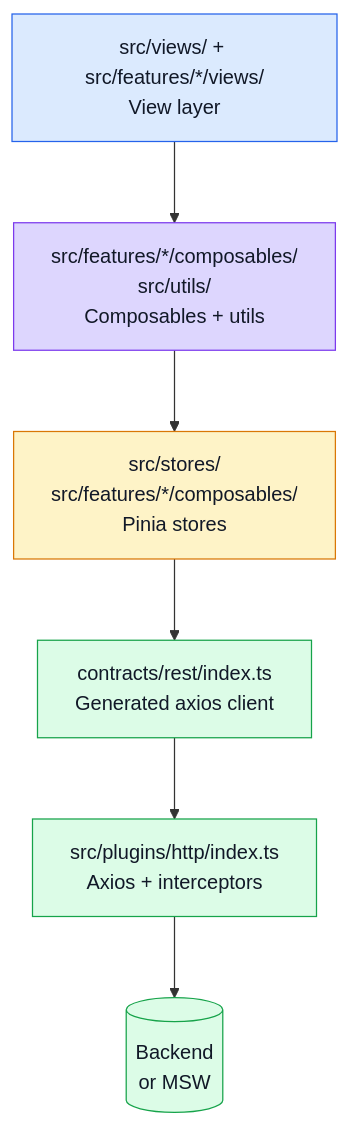
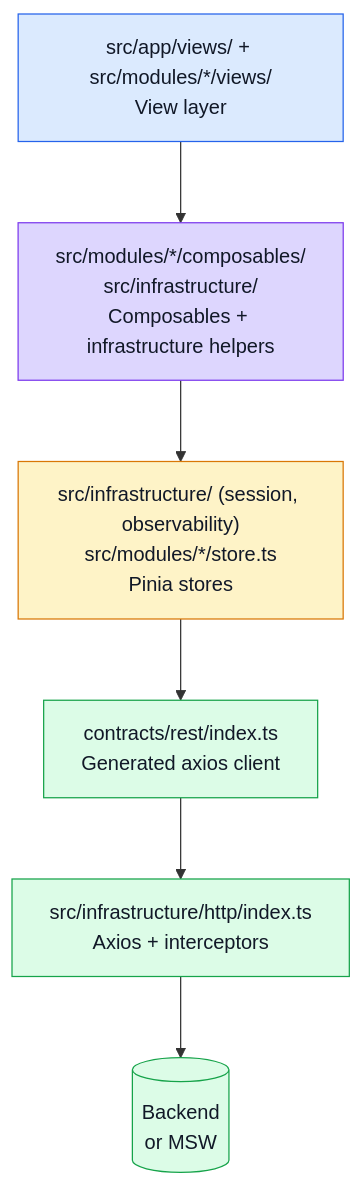
Before and after one commit to Guebbit/boilerplate-vue-frontend: the first of 2 diagrams in docs/theory/layers.md, drawn with Mermaid. The commit also changed other lines of this file and 385 other files, not shown here.

First line of the commit message:
feat!: 2.0.0 — modular architecture, tiered substrate, contracts as backend output

````diff
--- a/docs/theory/layers.md
+++ b/docs/theory/layers.md
@@ -8,18 +57,18 @@
 ```mermaid
 %%{init: {'flowchart': {'nodeSpacing': 45, 'rankSpacing': 65}}}%%
 flowchart TD
-    A["src/views/ + src/features/*/views/\nView layer"] --> B["src/features/*/composables/\nsrc/utils/\nComposables + utils"]
-    B --> C["src/stores/\nsrc/features/*/composables/\nPinia stores"]
+    A["src/app/views/ + src/modules/*/views/\nView layer"] --> B["src/modules/*/composables/\nsrc/infrastructure/\nComposables + infrastructure helpers"]
+    B --> C["src/infrastructure/ (session, observability)\nsrc/modules/*/store.ts\nPinia stores"]
     C --> D["contracts/rest/index.ts\nGenerated axios client"]
-    D --> E["src/plugins/http/index.ts\nAxios + interceptors"]
+    D --> E["src/infrastructure/http/index.ts\nAxios + interceptors"]
     E --> F[("Backend\nor MSW")]
 
     classDef view fill:#dbeafe,stroke:#2563eb,color:#111827;
     classDef comp fill:#ddd6fe,stroke:#7c3aed,color:#111827;
     classDef store fill:#fef3c7,stroke:#d97706,color:#111827;
     classDef http fill:#dcfce7,stroke:#16a34a,color:#111827;
     class A view;
     class B comp;
     class C store;
     class D,E,F http;
 ```
````
